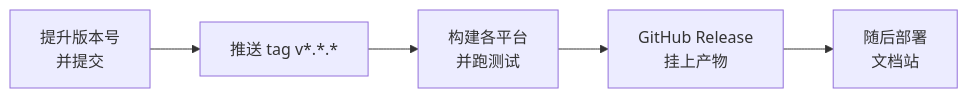
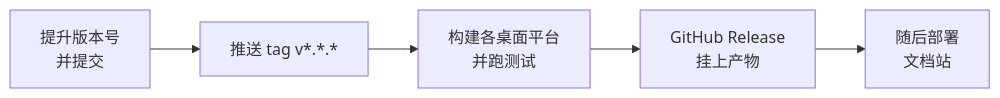
One commit to shijianjs/duckfn-open changed the second of 2 diagrams in docs/i18n/zh-Hans/docusaurus-plugin-content-docs/current/development/build-and-release.md. Above: the diagram before and after it, drawn with Mermaid. The commit also changed other lines of this file and 60 other files, not shown here.

````diff
--- a/docs/i18n/zh-Hans/docusaurus-plugin-content-docs/current/development/build-and-release.md
+++ b/docs/i18n/zh-Hans/docusaurus-plugin-content-docs/current/development/build-and-release.md
@@ -73,7 +87,7 @@
 ```mermaid
 flowchart LR
     bump["提升版本号<br/>并提交"] --> tag["推送 tag v*.*.*"]
-    tag --> ci["构建各平台<br/>并跑测试"]
+    tag --> ci["构建各桌面平台<br/>并跑测试"]
     ci --> rel["GitHub Release<br/>挂上产物"]
     rel --> docs["随后部署<br/>文档站"]
 ```
````
